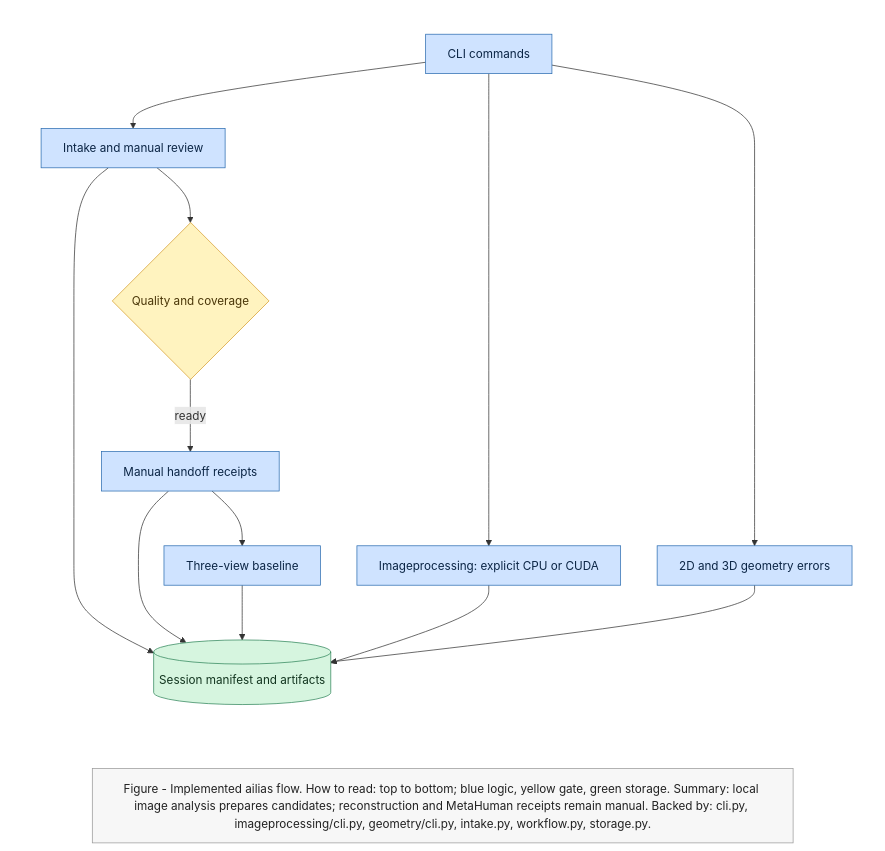
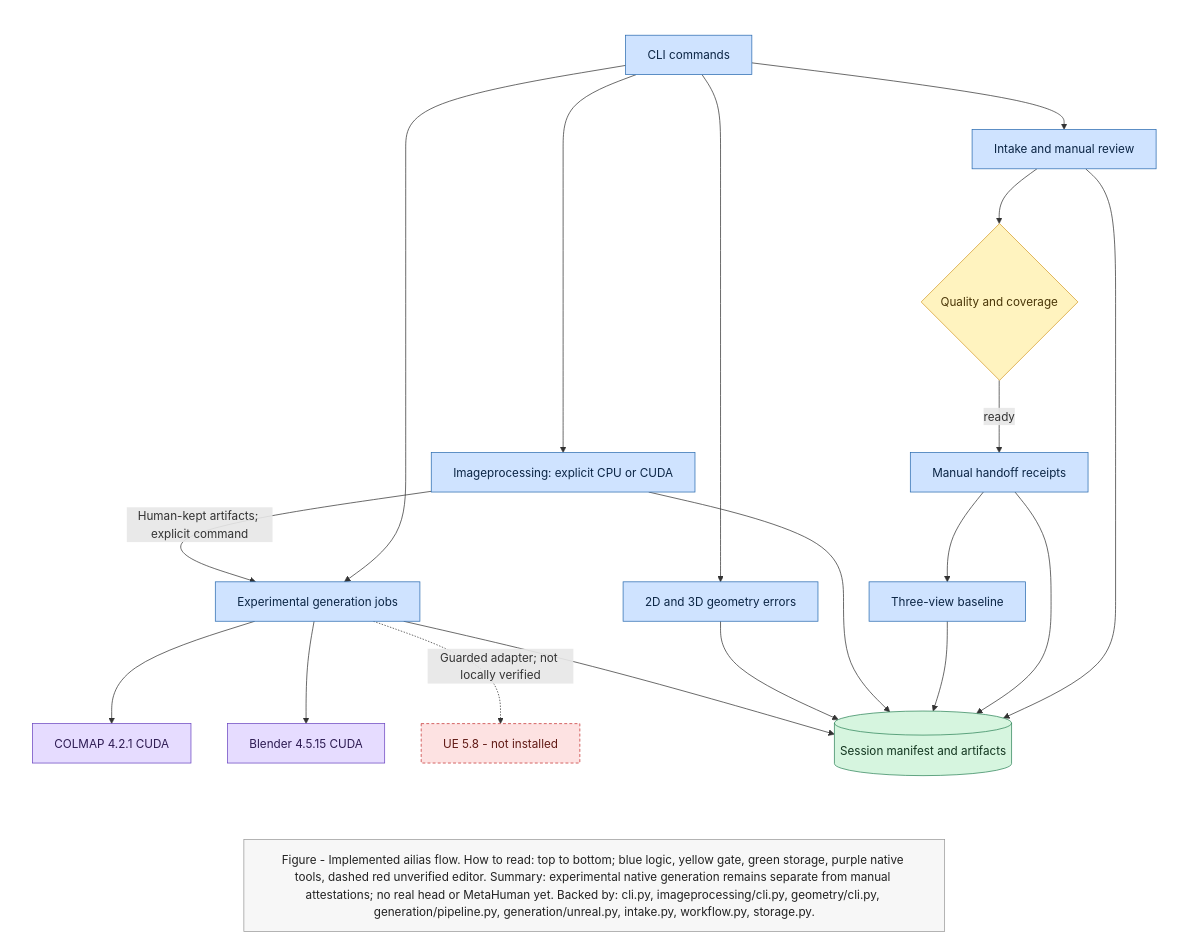
One commit to Arka95/ailias changed the diagram in docs/dev.readme.md. Above: the diagram before and after it, drawn with Mermaid. The commit also changed other lines of this file and 30 other files, not shown here.

First line of the commit message:
Add experimental CUDA reconstruction and native editor handoffs

````diff
--- a/docs/dev.readme.md
+++ b/docs/dev.readme.md
@@ -24,25 +24,33 @@
 ```mermaid
 %%{init: {"flowchart": {"wrappingWidth": 900}}}%%
 flowchart TB
     subgraph MAIN[" "]
         direction TB
         CLI["CLI commands"]:::svc --> IN["Intake and manual review"]:::svc
         CLI -->         IMG["Imageprocessing: explicit CPU or CUDA"]:::svc
         CLI --> GEO["2D and 3D geometry errors"]:::svc
+        CLI --> GEN["Experimental generation jobs"]:::svc
+        IMG -->|Human-kept artifacts; explicit command| GEN
+        GEN --> COL["COLMAP 4.2.1 CUDA"]:::ext
+        GEN --> BL["Blender 4.5.15 CUDA"]:::ext
+        GEN -.->|Guarded adapter; not locally verified| UE["UE 5.8 - not installed"]:::unknown
         IN --> GATE{"Quality and coverage"}:::gate
         GATE -->|ready| HAND["Manual handoff receipts"]:::svc
         HAND --> BASE["Three-view baseline"]:::svc
         IN --> DATA[("Session manifest and artifacts")]:::store
         HAND --> DATA
         BASE --> DATA
         IMG --> DATA
         GEO --> DATA
+        GEN --> DATA
     end
     MAIN ~~~ SUM
-    SUM["Figure - Implemented ailias flow. How to read: top to bottom; blue logic, yellow gate, green storage. Summary: local image analysis prepares candidates; reconstruction and MetaHuman receipts remain manual. Backed by: cli.py, imageprocessing/cli.py, geometry/cli.py, intake.py, workflow.py, storage.py."]:::caption
+    SUM["Figure - Implemented ailias flow. How to read: top to bottom; blue logic, yellow gate, green storage, purple native tools, dashed red unverified editor. Summary: experimental native generation remains separate from manual attestations; no real head or MetaHuman yet. Backed by: cli.py, imageprocessing/cli.py, geometry/cli.py, generation/pipeline.py, generation/unreal.py, intake.py, workflow.py, storage.py."]:::caption
     style MAIN fill:none,stroke:none
     classDef svc fill:#cfe3ff,stroke:#2b6cb0,color:#0b2545
     classDef gate fill:#fff3bf,stroke:#d69e2e,color:#4a3608
     classDef store fill:#d6f5df,stroke:#2f855a,color:#12351f
+    classDef ext fill:#e6dcff,stroke:#6b46c1,color:#2d1b52
+    classDef unknown fill:#fde2e2,stroke:#c53030,color:#611a15,stroke-dasharray:4 3
     classDef caption fill:#f7f7f7,stroke:#999,color:#222,font-size:16px
 ```
````
